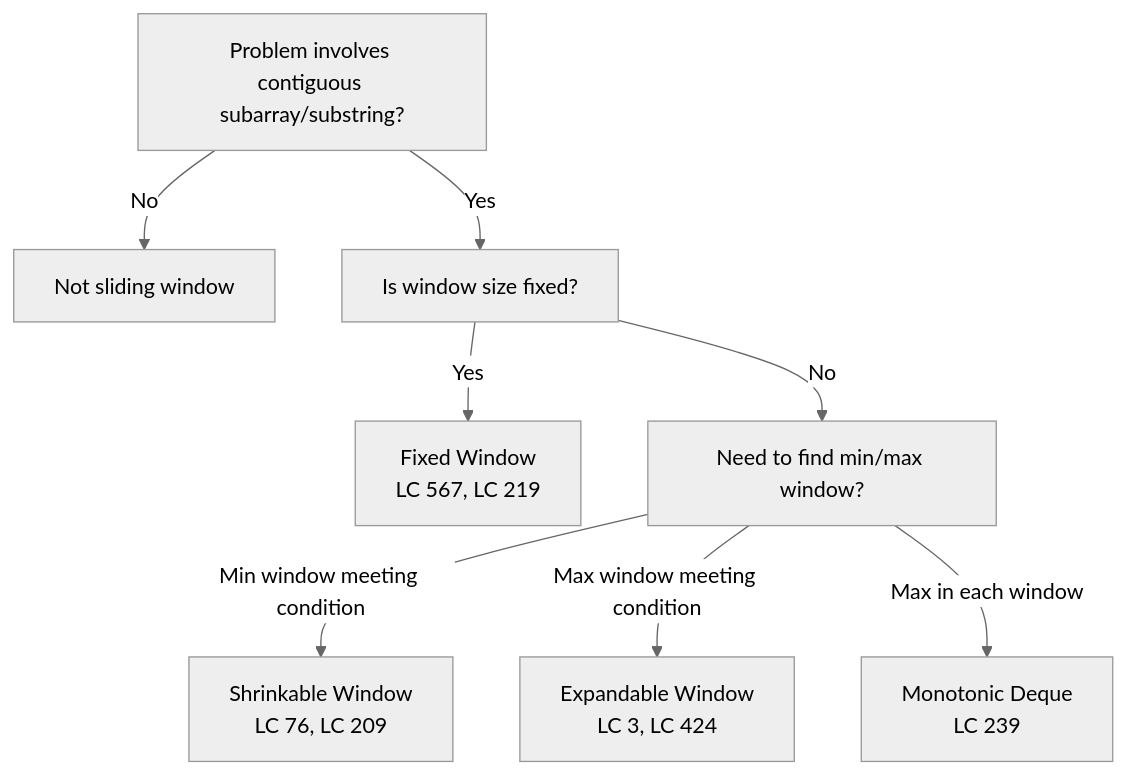
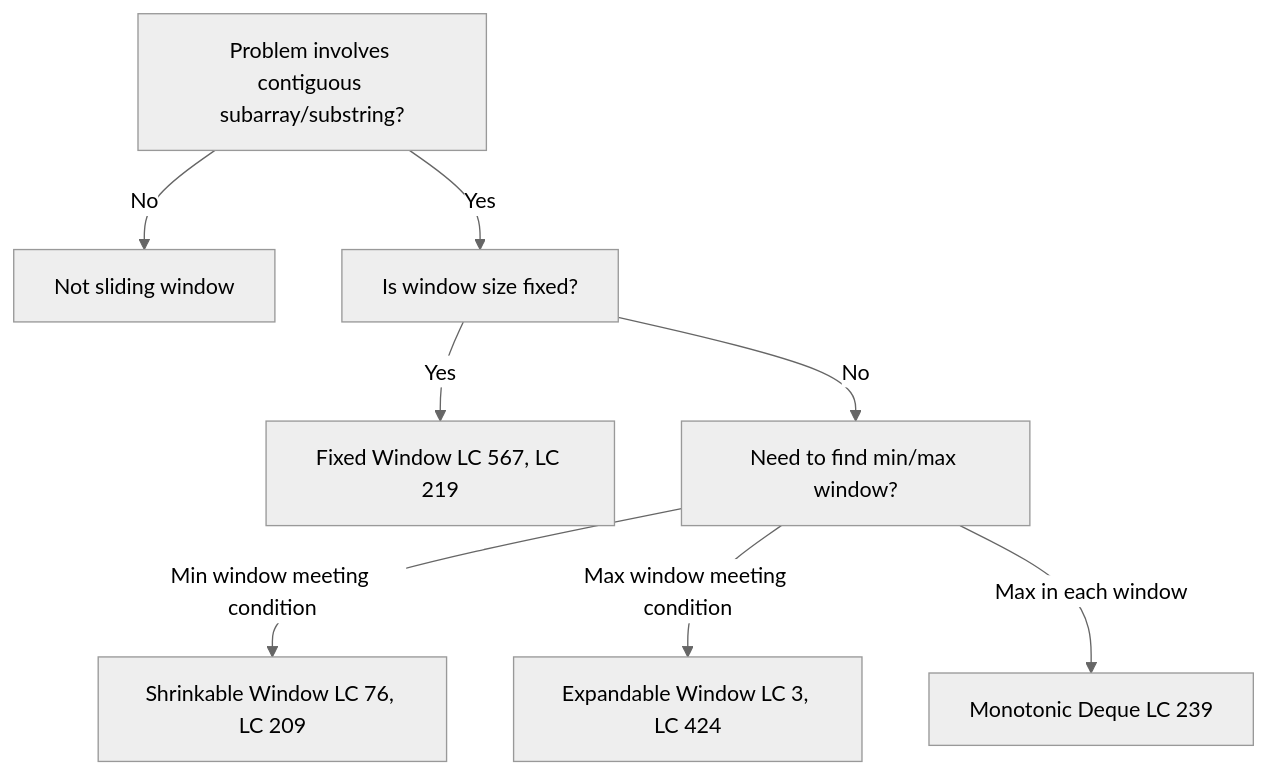
Before and after one commit to deepanshu-rawat6/AlgoAtlas: the second of 6 diagrams in sliding_window/README.md, drawn with Mermaid (neutral theme). The commit also changed other lines of this file and 13 other files, not shown here.

````diff
--- a/sliding_window/README.md
+++ b/sliding_window/README.md
@@ -63,10 +63,10 @@
 ```mermaid
 flowchart TD
     A["Problem involves contiguous subarray/substring?"] -->|No| B[Not sliding window]
     A -->|Yes| C[Is window size fixed?]
-    C -->|Yes| D[Fixed Window<br>LC 567, LC 219]
+    C -->|Yes| D[Fixed Window LC 567, LC 219]
     C -->|No| E[Need to find min/max window?]
-    E -->|Min window meeting condition| F[Shrinkable Window<br>LC 76, LC 209]
-    E -->|Max window meeting condition| G[Expandable Window<br>LC 3, LC 424]
-    E -->|Max in each window| H[Monotonic Deque<br>LC 239]
+    E -->|Min window meeting condition| F[Shrinkable Window LC 76, LC 209]
+    E -->|Max window meeting condition| G[Expandable Window LC 3, LC 424]
+    E -->|Max in each window| H[Monotonic Deque LC 239]
 ```
````
